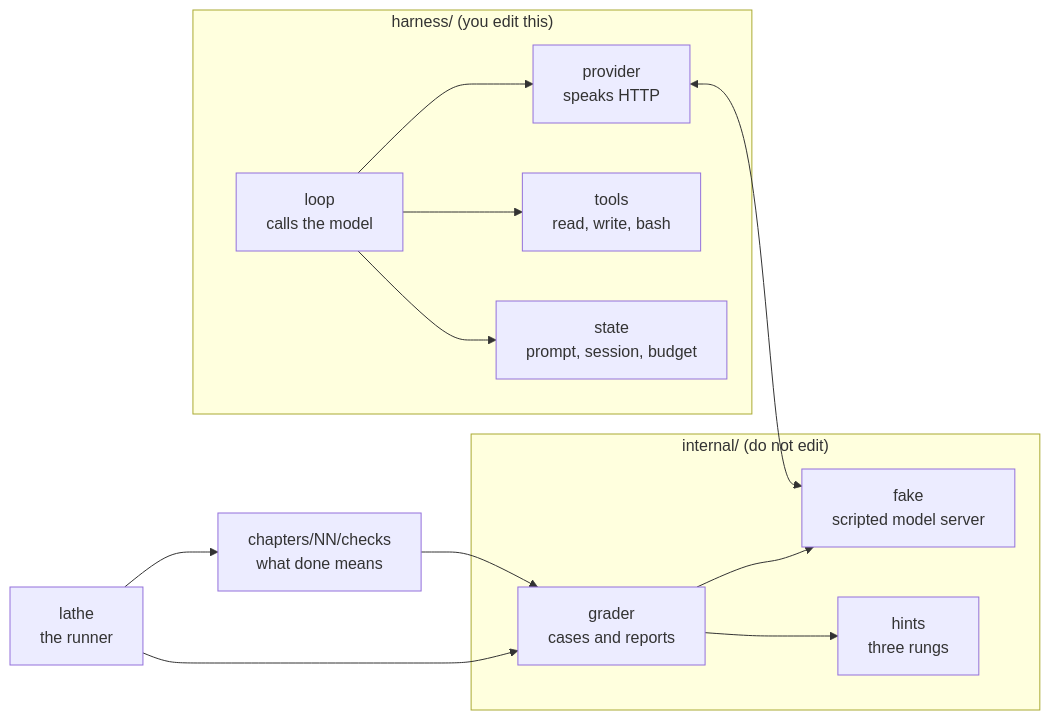
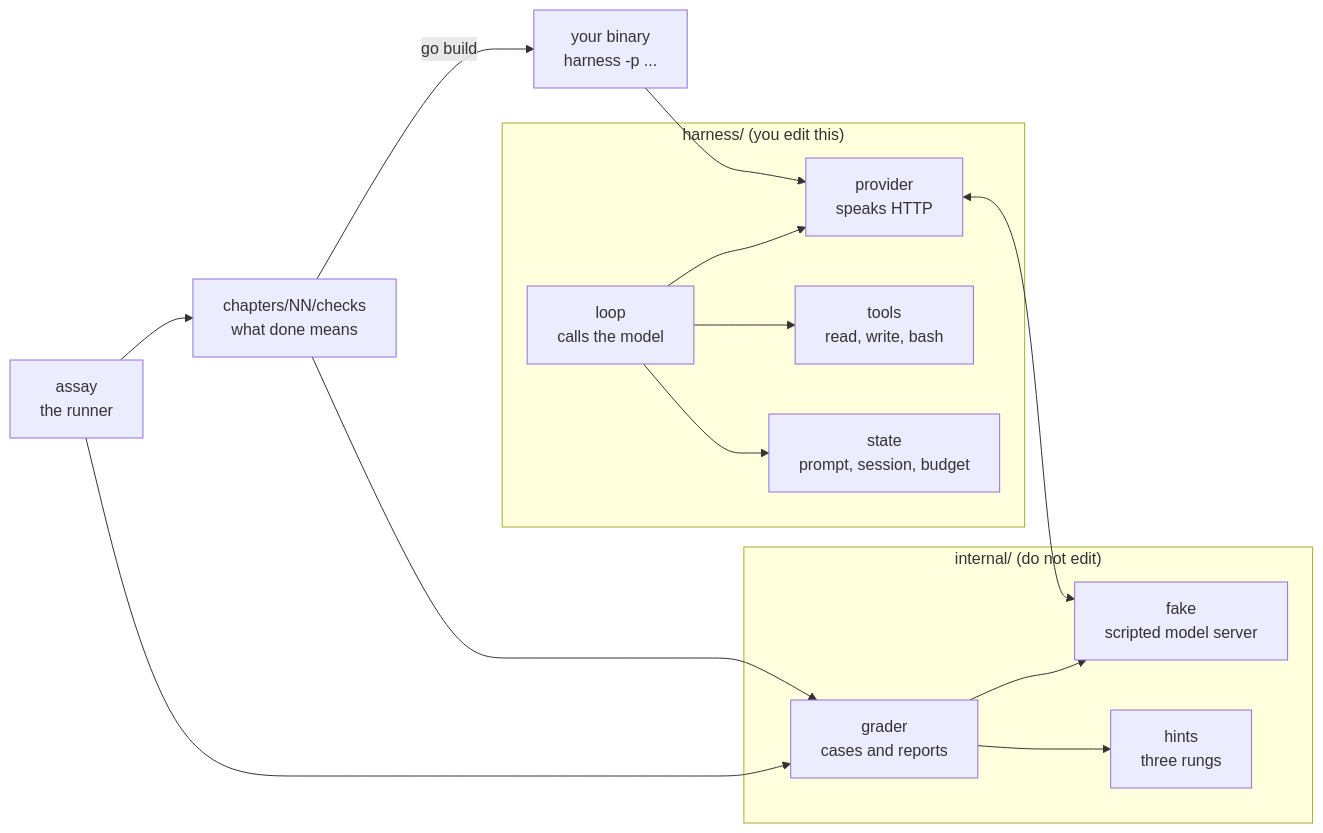
The first of 5 diagrams in docs/architecture.md (theakhandpatel/kata), drawn with Mermaid before and after one commit. The commit also changed other lines of this file and 26 other files, not shown here.

Commit message:
rename to assay; grade the binary; document the two-driver policy

````diff
--- a/docs/architecture.md
+++ b/docs/architecture.md
@@ -6,28 +7,31 @@
 ```mermaid
 flowchart LR
     subgraph yours["harness/ (you edit this)"]
         P["provider<br/>speaks HTTP"]
         T["tools<br/>read, write, bash"]
         L["loop<br/>calls the model"]
         S["state<br/>prompt, session, budget"]
     end
 
     subgraph grader["internal/ (do not edit)"]
         F["fake<br/>scripted model server"]
         G["grader<br/>cases and reports"]
         H["hints<br/>three rungs"]
     end
 
     C["chapters/NN/checks<br/>what done means"]
-    CLI["lathe<br/>the runner"]
+    CLI["assay<br/>the runner"]
+    BIN["your binary<br/>harness -p ..."]
 
+    C -->|"go build"| BIN
+    BIN --> P
     L --> P
-    P <--> F
     L --> T
     L --> S
+    P <--> F
     C --> G
     G --> F
     CLI --> C
     CLI --> G
     G --> H
 ```
````
